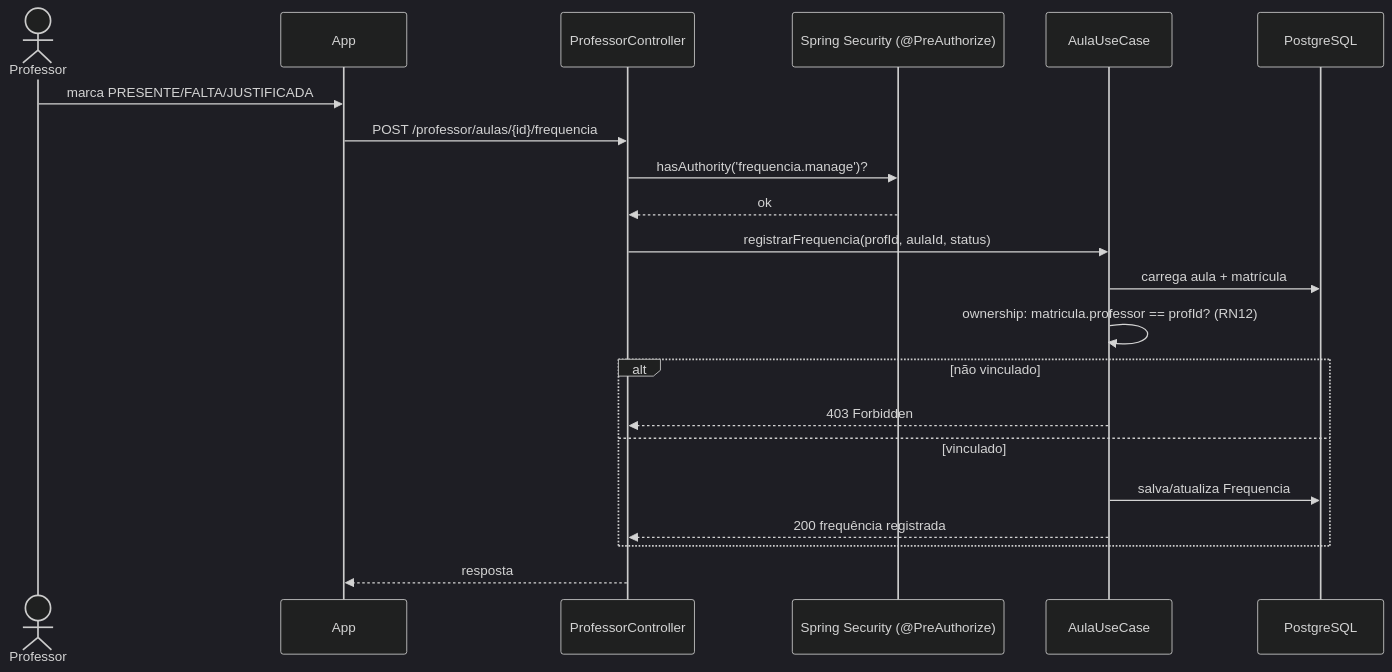
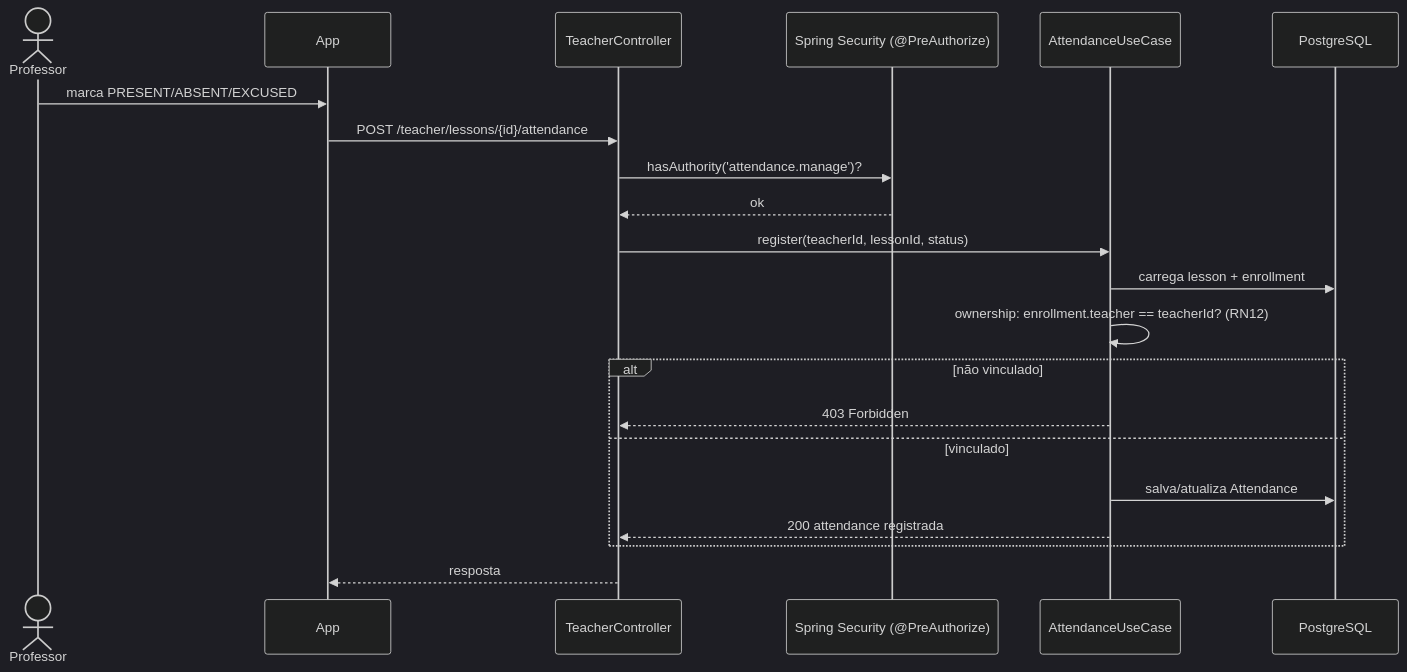
One commit to AndersonTessaro/tcc changed the fifth of 6 diagrams in docs/diagramas-uml.md. Above: the diagram before and after it, drawn with Mermaid (dark theme). The commit also changed other lines of this file and 1 other file, not shown here.

Commit message:
docs: update ER + UML diagrams to English schema/domain names

````diff
--- a/docs/diagramas-uml.md
+++ b/docs/diagramas-uml.md
@@ -255,24 +258,24 @@
 ```mermaid
 sequenceDiagram
     actor P as Professor
     participant C as App
-    participant API as ProfessorController
+    participant API as TeacherController
     participant SEC as Spring Security (@PreAuthorize)
-    participant UC as AulaUseCase
+    participant UC as AttendanceUseCase
     participant DB as PostgreSQL
 
-    P->>C: marca PRESENTE/FALTA/JUSTIFICADA
-    C->>API: POST /professor/aulas/{id}/frequencia
-    API->>SEC: hasAuthority('frequencia.manage')?
+    P->>C: marca PRESENT/ABSENT/EXCUSED
+    C->>API: POST /teacher/lessons/{id}/attendance
+    API->>SEC: hasAuthority('attendance.manage')?
     SEC-->>API: ok
-    API->>UC: registrarFrequencia(profId, aulaId, status)
-    UC->>DB: carrega aula + matrícula
-    UC->>UC: ownership: matricula.professor == profId? (RN12)
+    API->>UC: register(teacherId, lessonId, status)
+    UC->>DB: carrega lesson + enrollment
+    UC->>UC: ownership: enrollment.teacher == teacherId? (RN12)
     alt não vinculado
         UC-->>API: 403 Forbidden
     else vinculado
-        UC->>DB: salva/atualiza Frequencia
-        UC-->>API: 200 frequência registrada
+        UC->>DB: salva/atualiza Attendance
+        UC-->>API: 200 attendance registrada
     end
     API-->>C: resposta
 ```
````
